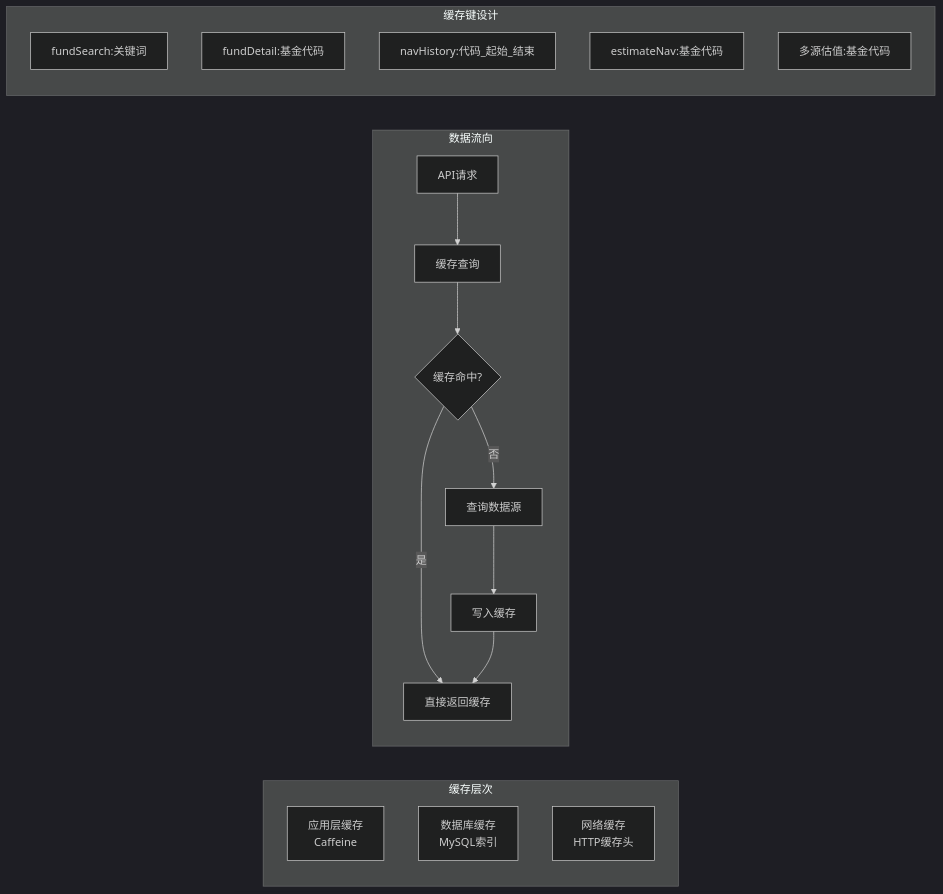
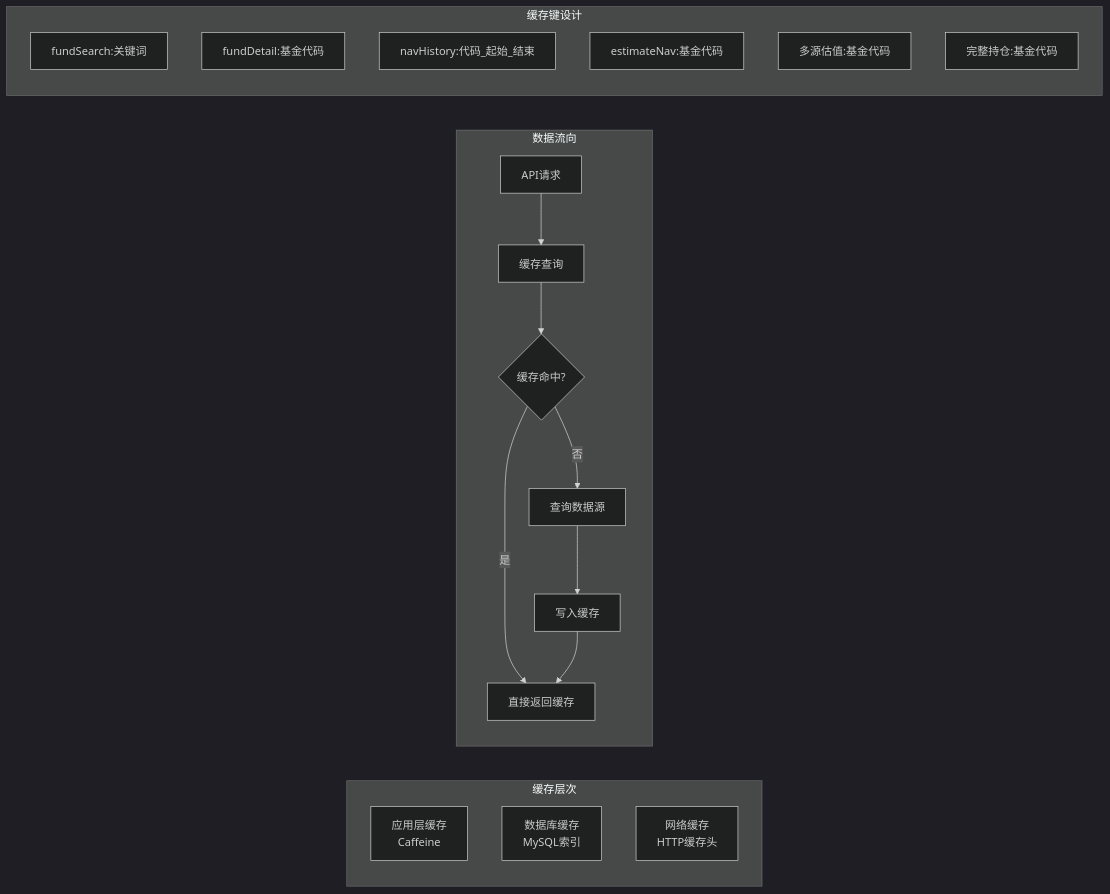
One commit to gree-coder/fund-butler changed the eighth of 16 diagrams in .qoder/repowiki/zh/content/核心功能开发/多源基金估值系统.md. Above: the diagram before and after it, drawn with Mermaid (dark theme). The commit also changed other lines of this file and 28 other files, not shown here.

````diff
--- a/.qoder/repowiki/zh/content/核心功能开发/多源基金估值系统.md
+++ b/.qoder/repowiki/zh/content/核心功能开发/多源基金估值系统.md
@@ -350,23 +386,24 @@
 ```mermaid
 graph LR
 subgraph "缓存层次"
 A[应用层缓存<br/>Caffeine]
 B[数据库缓存<br/>MySQL索引]
 C[网络缓存<br/>HTTP缓存头]
 end
 subgraph "数据流向"
 D[API请求] --> E[缓存查询]
 E --> F{缓存命中?}
 F --> |是| G[直接返回缓存]
 F --> |否| H[查询数据源]
 H --> I[写入缓存]
 I --> G
 end
 subgraph "缓存键设计"
 J[fundSearch:关键词]
 K[fundDetail:基金代码]
 L[navHistory:代码_起始_结束]
 M[estimateNav:基金代码]
 N[多源估值:基金代码]
+O[完整持仓:基金代码]
 end
 ```
````
